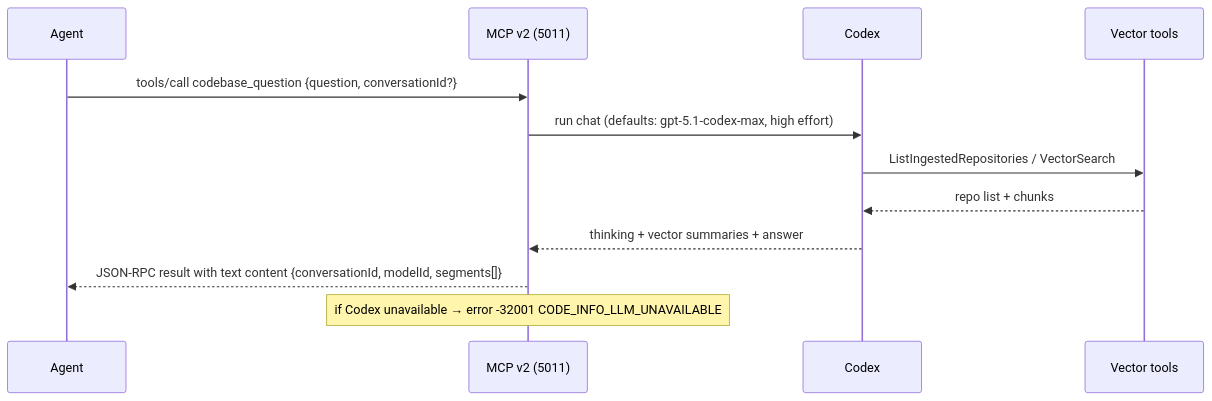
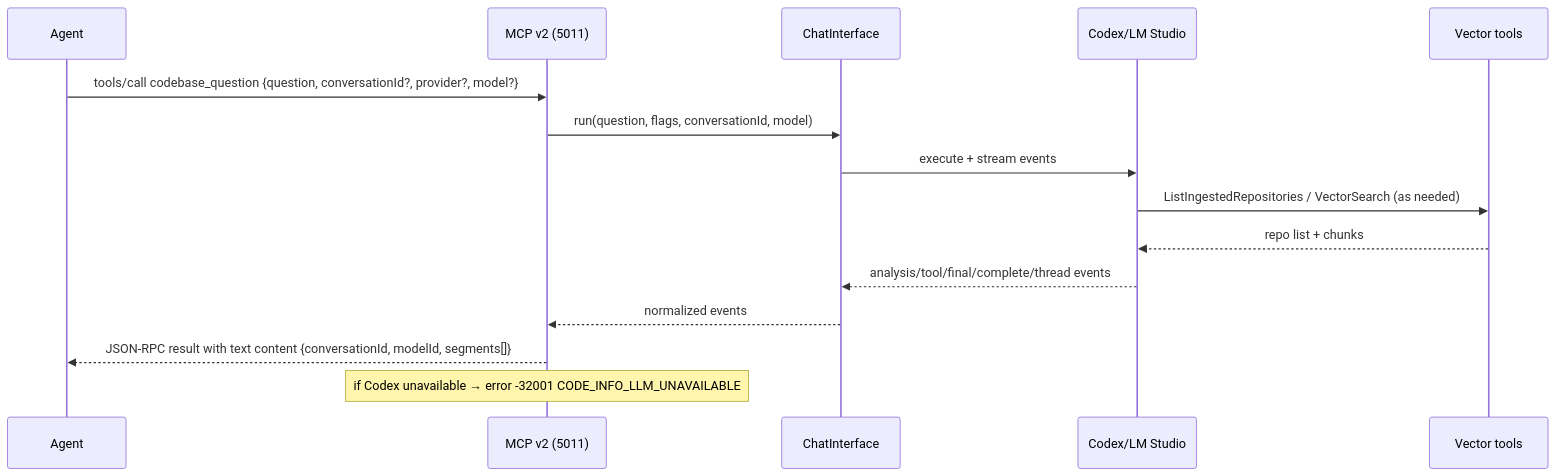
Diagram 15 of 19 in design.md (Chargeuk/codeInfo2), drawn with Mermaid before and after one commit. The commit also changed other lines of this file and 4 other files, not shown here.

First line of the commit message:
DEV-0000014 - Document ChatInterface and MCP updates

````diff
--- a/design.md
+++ b/design.md
@@ -493,15 +519,18 @@
 ```mermaid
 sequenceDiagram
   participant Agent
   participant MCP2 as MCP v2 (5011)
-  participant Codex
+  participant Chat as ChatInterface
+  participant Provider as Codex/LM Studio
   participant Tools as Vector tools
 
-  Agent->>MCP2: tools/call codebase_question {question, conversationId?}
-  MCP2->>Codex: run chat (defaults: gpt-5.1-codex-max, high effort)
-  Codex->>Tools: ListIngestedRepositories / VectorSearch
-  Tools-->>Codex: repo list + chunks
-  Codex-->>MCP2: thinking + vector summaries + answer
+  Agent->>MCP2: tools/call codebase_question {question, conversationId?, provider?, model?}
+  MCP2->>Chat: run(question, flags, conversationId, model)
+  Chat->>Provider: execute + stream events
+  Provider->>Tools: ListIngestedRepositories / VectorSearch (as needed)
+  Tools-->>Provider: repo list + chunks
+  Provider-->>Chat: analysis/tool/final/complete/thread events
+  Chat-->>MCP2: normalized events
   MCP2-->>Agent: JSON-RPC result with text content {conversationId, modelId, segments[]}
   Note over MCP2: if Codex unavailable → error -32001 CODE_INFO_LLM_UNAVAILABLE
 ```
````
